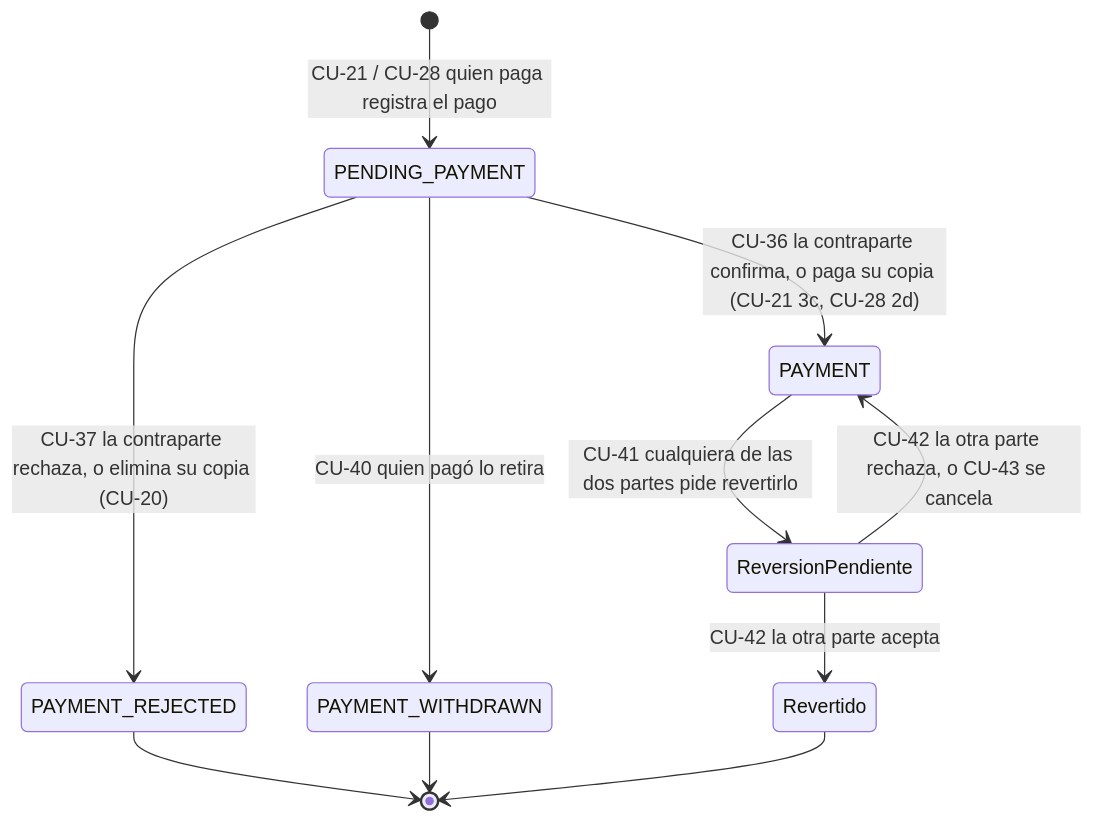
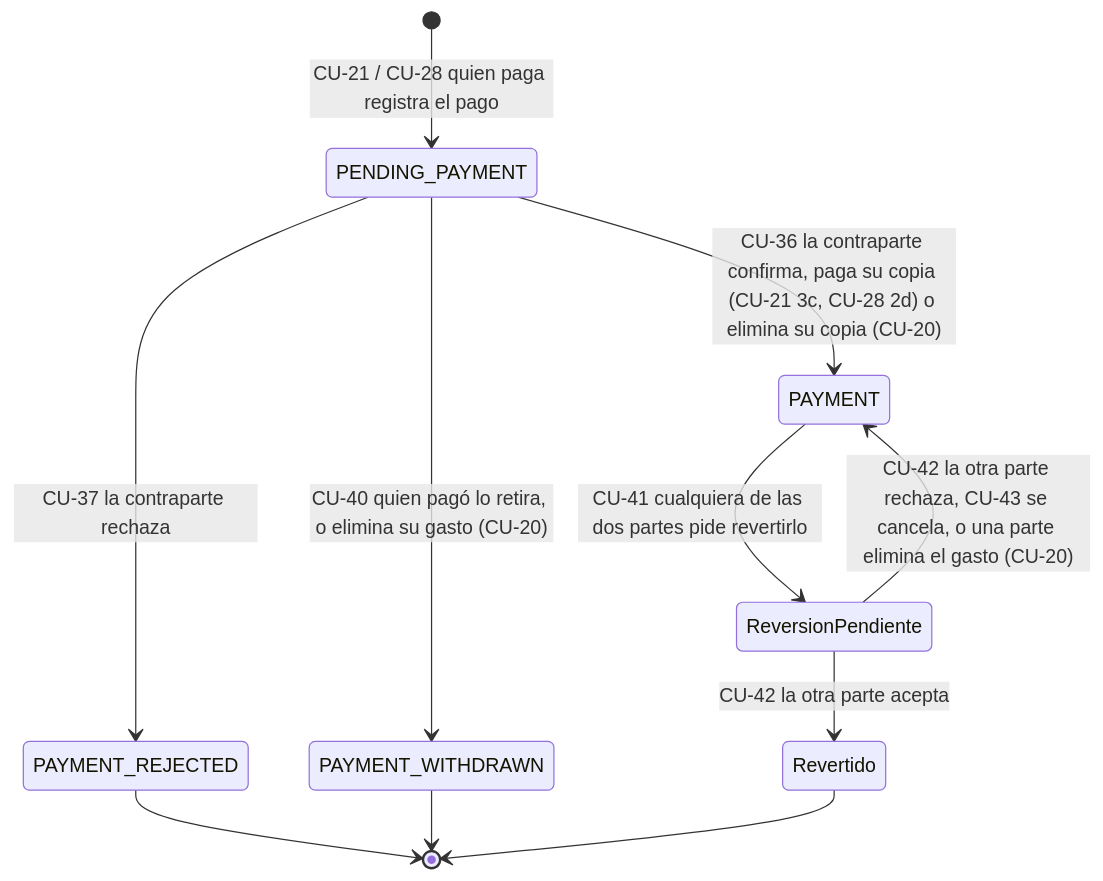
Before and after one commit to Gonn01/web-expense-manager: the second of 3 diagrams in docs/casos-de-uso.md, drawn with Mermaid. The commit also changed other lines of this file and 25 other files, not shown here.

````diff
--- a/docs/casos-de-uso.md
+++ b/docs/casos-de-uso.md
@@ -851,13 +875,13 @@
 ```mermaid
 stateDiagram-v2
     [*] --> PENDING_PAYMENT: CU-21 / CU-28 quien paga registra el pago
-    PENDING_PAYMENT --> PAYMENT: CU-36 la contraparte confirma, o paga su copia (CU-21 3c, CU-28 2d)
-    PENDING_PAYMENT --> PAYMENT_REJECTED: CU-37 la contraparte rechaza, o elimina su copia (CU-20)
-    PENDING_PAYMENT --> PAYMENT_WITHDRAWN: CU-40 quien pagó lo retira
+    PENDING_PAYMENT --> PAYMENT: CU-36 la contraparte confirma, paga su copia (CU-21 3c, CU-28 2d) o elimina su copia (CU-20)
+    PENDING_PAYMENT --> PAYMENT_REJECTED: CU-37 la contraparte rechaza
+    PENDING_PAYMENT --> PAYMENT_WITHDRAWN: CU-40 quien pagó lo retira, o elimina su gasto (CU-20)
     PAYMENT --> ReversionPendiente: CU-41 cualquiera de las dos partes pide revertirlo
-    ReversionPendiente --> PAYMENT: CU-42 la otra parte rechaza, o CU-43 se cancela
+    ReversionPendiente --> PAYMENT: CU-42 la otra parte rechaza, CU-43 se cancela, o una parte elimina el gasto (CU-20)
     ReversionPendiente --> Revertido: CU-42 la otra parte acepta
     PAYMENT_REJECTED --> [*]
     PAYMENT_WITHDRAWN --> [*]
     Revertido --> [*]
 ```
````
